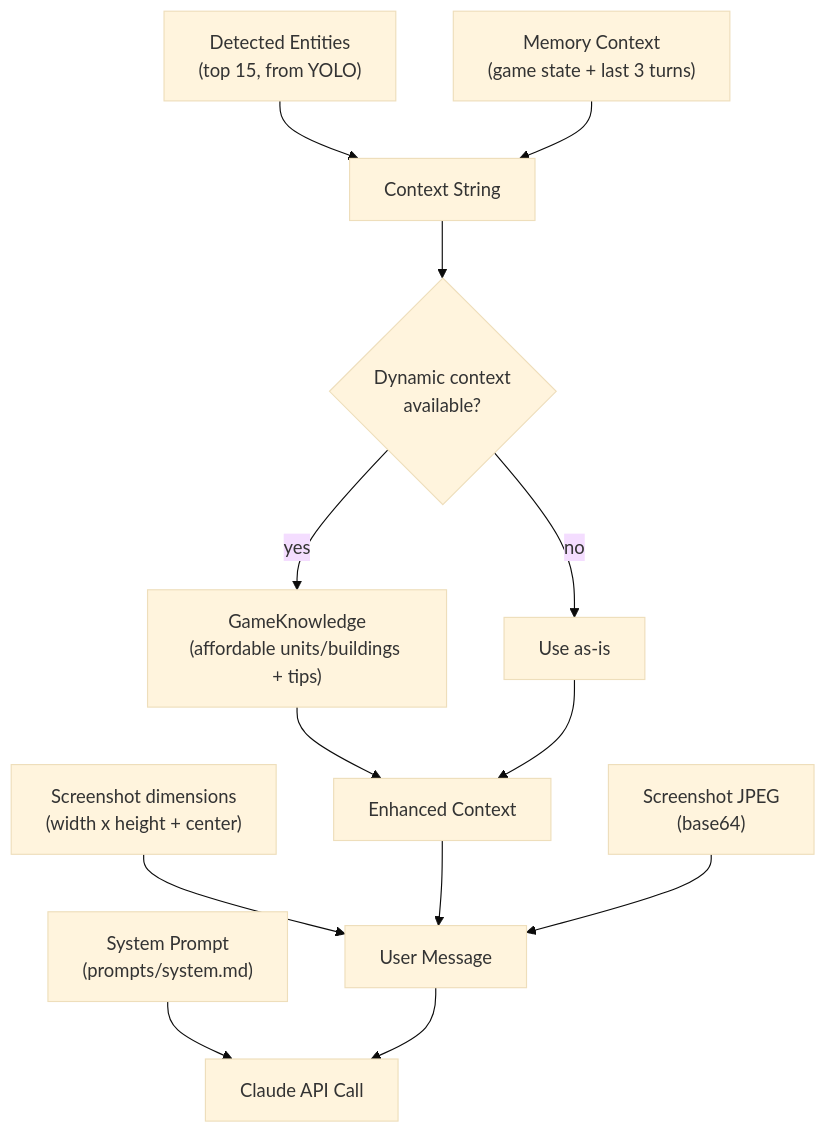
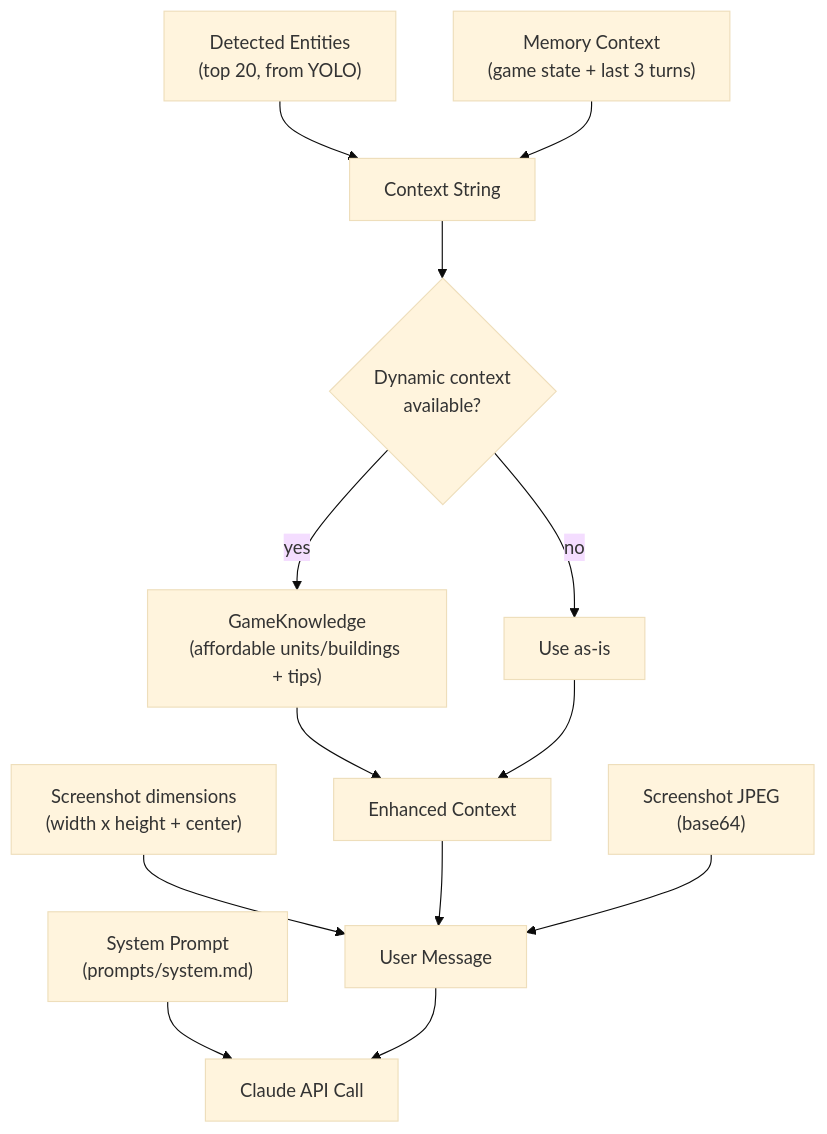
One commit to dobosmarton/aoe2-agent changed the diagram in docs/part2-llm-integration/06-context-injection.md. Above: the diagram before and after it, drawn with Mermaid (base theme). The commit also changed other lines of this file and 7 other files, not shown here.

````diff
--- a/docs/part2-llm-integration/06-context-injection.md
+++ b/docs/part2-llm-integration/06-context-injection.md
@@ -7,15 +7,15 @@
 ```mermaid
 flowchart TD
-    DET["Detected Entities<br/>(top 15, from YOLO)"] --> CTX["Context String"]
+    DET["Detected Entities<br/>(top 20, from YOLO)"] --> CTX["Context String"]
     MEM["Memory Context<br/>(game state + last 3 turns)"] --> CTX
     CTX --> ENHANCE{"Dynamic context<br/>available?"}
     ENHANCE -->|yes| DYN["GameKnowledge<br/>(affordable units/buildings + tips)"]
     ENHANCE -->|no| SKIP["Use as-is"]
     DYN --> FINAL["Enhanced Context"]
     SKIP --> FINAL
     DIM["Screenshot dimensions<br/>(width x height + center)"] --> MSG["User Message"]
     FINAL --> MSG
     SS["Screenshot JPEG<br/>(base64)"] --> MSG
     SYS["System Prompt<br/>(prompts/system.md)"] --> API["Claude API Call"]
     MSG --> API
 ```
````
